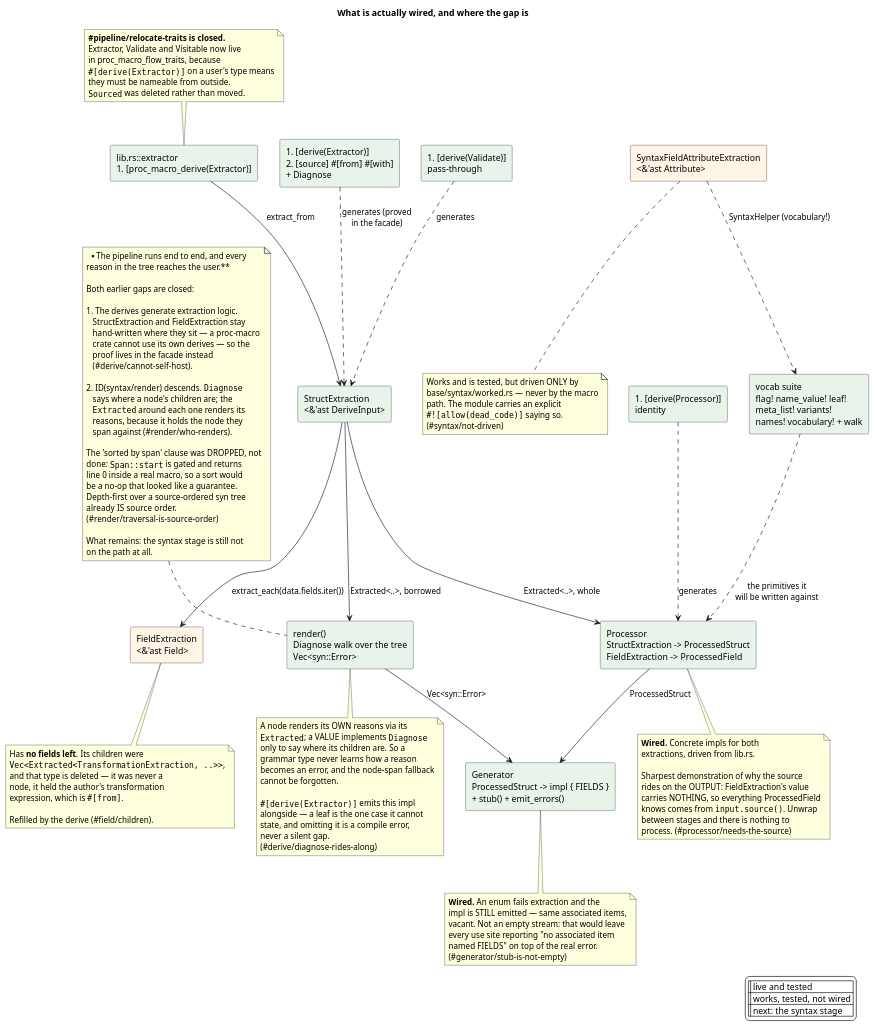
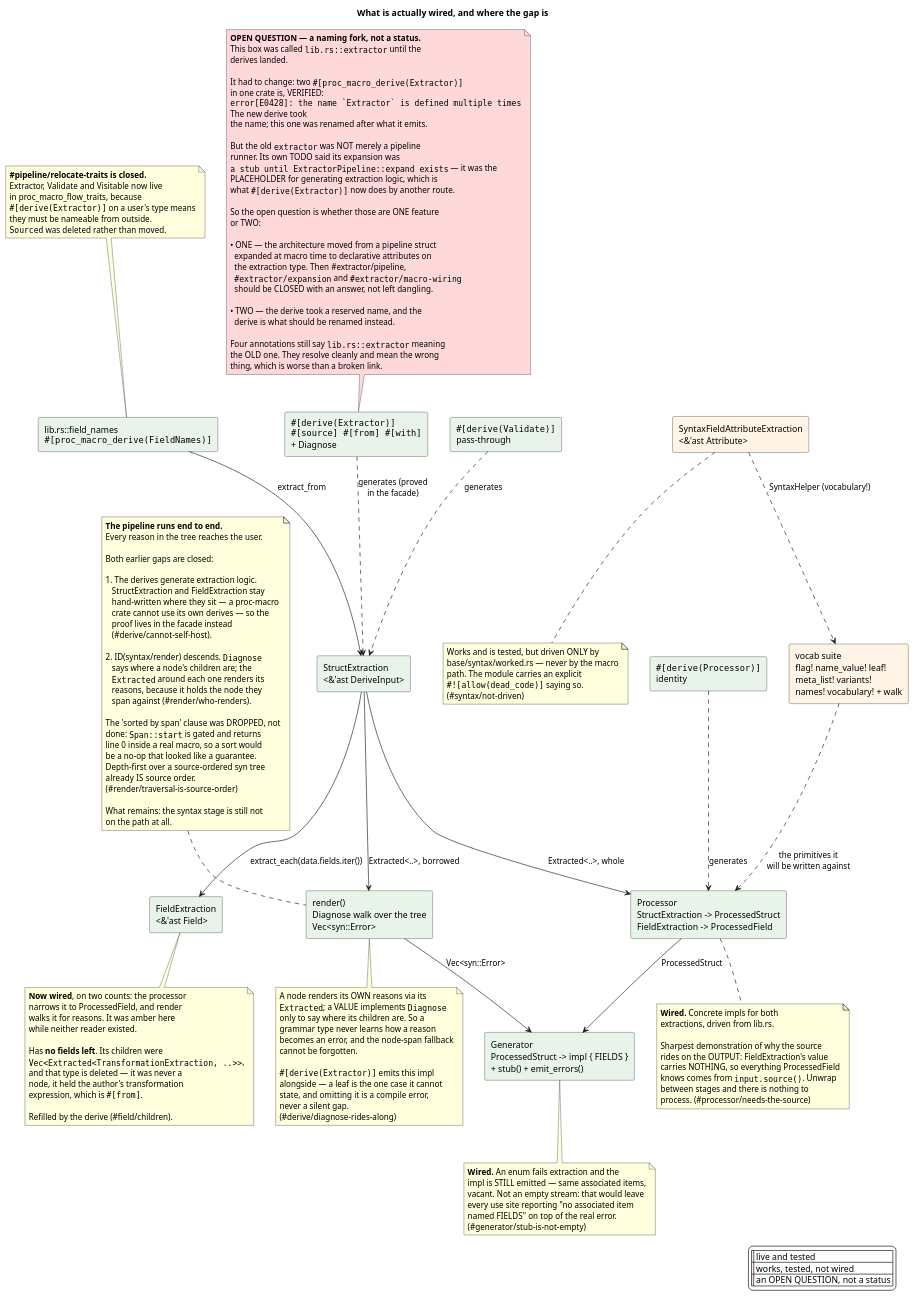
One commit to nzuzomagagula/proc-macro-flow changed the diagram in docs/design/03-pipeline-status.puml. Above: the diagram before and after it, drawn with PlantUML. The commit also changed 16 other files, not shown here.

First line of the commit message:
Resolve #extractor/expansion and 2 more structural tasks

```diff
--- a/docs/design/03-pipeline-status.puml
+++ b/docs/design/03-pipeline-status.puml
@@ -1,143 +1,184 @@
 @startuml pipeline-status
 title What is actually wired, and where the gap is
 
 skinparam shadowing false
 skinparam legendBackgroundColor #FFFFFF
 
-rectangle "lib.rs::extractor\n#[proc_macro_derive(Extractor)]" as Entry #E8F4EA
+rectangle "lib.rs::field_names\n""#[proc_macro_derive(FieldNames)]""" as Entry #E8F4EA
 
 rectangle "StructExtraction\n<&'ast DeriveInput>" as S #E8F4EA
-rectangle "FieldExtraction\n<&'ast Field>" as F #FFF4E5
+rectangle "FieldExtraction\n<&'ast Field>" as F #E8F4EA
 rectangle "SyntaxFieldAttributeExtraction\n<&'ast Attribute>" as Y #FFF4E5
 
-rectangle "vocab suite\nflag! name_value! leaf!\nmeta_list! variants!\nnames! vocabulary! + walk" as V #E8F4EA
+rectangle "vocab suite\nflag! name_value! leaf!\nmeta_list! variants!\nnames! vocabulary! + walk" as V #FFF4E5
 
 rectangle "Processor\nStructExtraction -> ProcessedStruct\nFieldExtraction  -> ProcessedField" as P #E8F4EA
 rectangle "Generator\nProcessedStruct -> impl { FIELDS }\n+ stub() + emit_errors()" as G #E8F4EA
 
 rectangle "render()\nDiagnose walk over the tree\nVec<syn::Error>" as R #E8F4EA
 
-rectangle "#[derive(Extractor)]\n#[source] #[from] #[with]\n+ Diagnose" as DE #E8F4EA
-rectangle "#[derive(Processor)]\nidentity" as DP #E8F4EA
-rectangle "#[derive(Validate)]\npass-through" as DV #E8F4EA
+rectangle """#[derive(Extractor)]""\n""#[source] #[from] #[with]""\n+ Diagnose" as DE #E8F4EA
+rectangle """#[derive(Processor)]""\nidentity" as DP #E8F4EA
+rectangle """#[derive(Validate)]""\npass-through" as DV #E8F4EA
 
 Entry --> S : extract_from
 S --> F : extract_each(data.fields.iter())
 
 S --> R : Extracted<..>, borrowed
 R --> G : Vec<syn::Error>
 S --> P : Extracted<..>, whole
 P --> G : ProcessedStruct
 
 V ..> P : the primitives it\nwill be written against
 Y ..> V : SyntaxHelper (vocabulary!)
 
 DE ..> S : generates (proved\nin the facade)
 DP ..> P : generates
 DV ..> S : generates
 
 note bottom of F
+  **Now wired**, on two counts: the processor
+  narrows it to ProcessedField, and render
+  walks it for reasons. It was amber here
+  while neither reader existed.
+
   Has **no fields left**. Its children were
   ""Vec<Extracted<TransformationExtraction, ..>>"",
   and that type is deleted — it was never a
   node, it held the author's transformation
   expression, which is ""#[from]"".
 
   Refilled by the derive (#field/children).
 end note
 
 note bottom of Y
   Works and is tested, but driven ONLY by
   base/syntax/worked.rs — never by the macro
   path. The module carries an explicit
   ""#![allow(dead_code)]"" saying so.
   (#syntax/not-driven)
 end note
 
 note bottom of P
   **Wired.** Concrete impls for both
   extractions, driven from lib.rs.
 
   Sharpest demonstration of why the source
   rides on the OUTPUT: FieldExtraction's value
   carries NOTHING, so everything ProcessedField
   knows comes from ""input.source()"". Unwrap
   between stages and there is nothing to
   process. (#processor/needs-the-source)
 end note
 
 note bottom of G
   **Wired.** An enum fails extraction and the
   impl is STILL emitted — same associated items,
   vacant. Not an empty stream: that would leave
   every use site reporting "no associated item
   named FIELDS" on top of the real error.
   (#generator/stub-is-not-empty)
 end note
 
 legend right
   |<#E8F4EA>| live and tested |
   |<#FFF4E5>| works, tested, not wired |
-  |<#EEEEEE>| next: the syntax stage |
+  |<#FFD9D9>| an OPEN QUESTION, not a status |
 endlegend
 
 note as Gap
-  **The pipeline runs end to end, and every
-  reason in the tree reaches the user.**
+  **The pipeline runs end to end.**
+  Every reason in the tree reaches the user.
 
   Both earlier gaps are closed:
 
   1. The derives generate extraction logic.
      StructExtraction and FieldExtraction stay
      hand-written where they sit — a proc-macro
      crate cannot use its own derives — so the
      proof lives in the facade instead
      (#derive/cannot-self-host).
 
   2. ID(syntax/render) descends. ""Diagnose""
      says where a node's children are; the
      ""Extracted"" around each one renders its
      reasons, because it holds the node they
      span against (#render/who-renders).
 
   The 'sorted by span' clause was DROPPED, not
   done: ""Span::start"" is gated and returns
   line 0 inside a real macro, so a sort would
   be a no-op that looked like a guarantee.
   Depth-first over a source-ordered syn tree
   already IS source order.
   (#render/traversal-is-source-order)
 
   What remains: the syntax stage is still not
   on the path at all.
 end note
 
 Gap .. R
 
 note bottom of R
   A node renders its OWN reasons via its
   ""Extracted""; a VALUE implements ""Diagnose""
   only to say where its children are. So a
   grammar type never learns how a reason
   becomes an error, and the node-span fallback
   cannot be forgotten.
 
   ""#[derive(Extractor)]"" emits this impl
   alongside — a leaf is the one case it cannot
   state, and omitting it is a compile error,
   never a silent gap.
   (#derive/diagnose-rides-along)
 end note
 
 note as Closed
   **#pipeline/relocate-traits is closed.**
   Extractor, Validate and Visitable now live
   in proc_macro_flow_traits, because
   ""#[derive(Extractor)]"" on a user's type means
   they must be nameable from outside.
   ""Sourced"" was deleted rather than moved.
 end note
 
 Closed .. Entry
 
+note as Naming #FFD9D9
+  **OPEN QUESTION — a naming fork, not a status.**
+  This box was called ""lib.rs::extractor"" until the
+  derives landed.
+
+  It had to change: two ""#[proc_macro_derive(Extractor)]""
+  in one crate is, VERIFIED:
+  ""error[E0428]: the name `Extractor` is defined multiple times""
+  The new derive took
+  the name; this one was renamed after what it emits.
+
+  But the old ""extractor"" was NOT merely a pipeline
+  runner. Its own TODO said its expansion was
+  ""a stub until ExtractorPipeline::expand exists"" — it was the
+  PLACEHOLDER for generating extraction logic, which is
+  what ""#[derive(Extractor)]"" now does by another route.
+
+  So the open question is whether those are ONE feature
+  or TWO:
+
+  • ONE — the architecture moved from a pipeline struct
+    expanded at macro time to declarative attributes on
+    the extraction type. Then #extractor/pipeline,
+    ""#extractor/expansion"" and ""#extractor/macro-wiring"" 
+    should be CLOSED with an answer, not left dangling.
+
+  • TWO — the derive took a reserved name, and the
+    derive is what should be renamed instead.
+
+  Four annotations still say ""lib.rs::extractor"" meaning
+  the OLD one. They resolve cleanly and mean the wrong
+  thing, which is worse than a broken link.
+end note
+
+Naming .. DE
+
 @enduml
```
